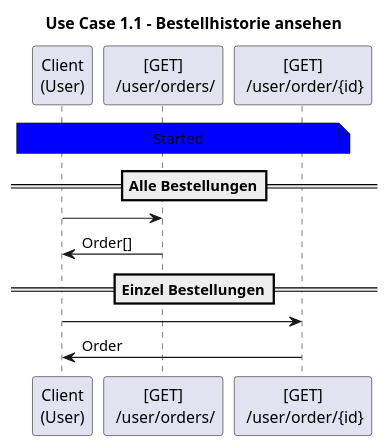
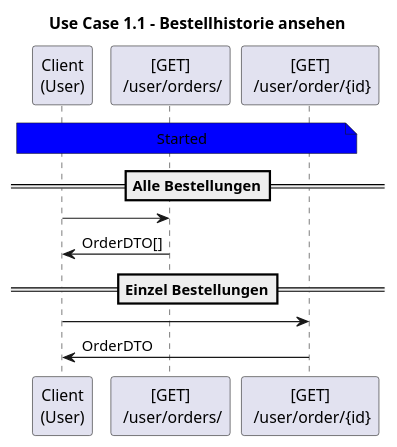
One commit to Mankianer/TresenSystem changed the third of 7 diagrams in docs/api-sequence-diagram/UseCase/Use-Case_1.puml. Above: the diagram before and after it, drawn with PlantUML. The commit also changed other lines of this file and 4 other files, not shown here.

```diff
--- a/docs/api-sequence-diagram/UseCase/Use-Case_1.puml
+++ b/docs/api-sequence-diagram/UseCase/Use-Case_1.puml
@@ -20,10 +20,10 @@
 @startuml
 title Use Case 1.1 - Bestellhistorie ansehen
 note across #blue: Started
 ==Alle Bestellungen==
 "Client\n(User)" -> "[GET]\n /user/orders/":
-"Client\n(User)" <- "[GET]\n /user/orders/": Order[]
+"Client\n(User)" <- "[GET]\n /user/orders/": OrderDTO[]
 ==Einzel Bestellungen==
 "Client\n(User)" -> "[GET]\n /user/order/{id}":
-"Client\n(User)" <- "[GET]\n /user/order/{id}": Order
+"Client\n(User)" <- "[GET]\n /user/order/{id}": OrderDTO
 @enduml
```
